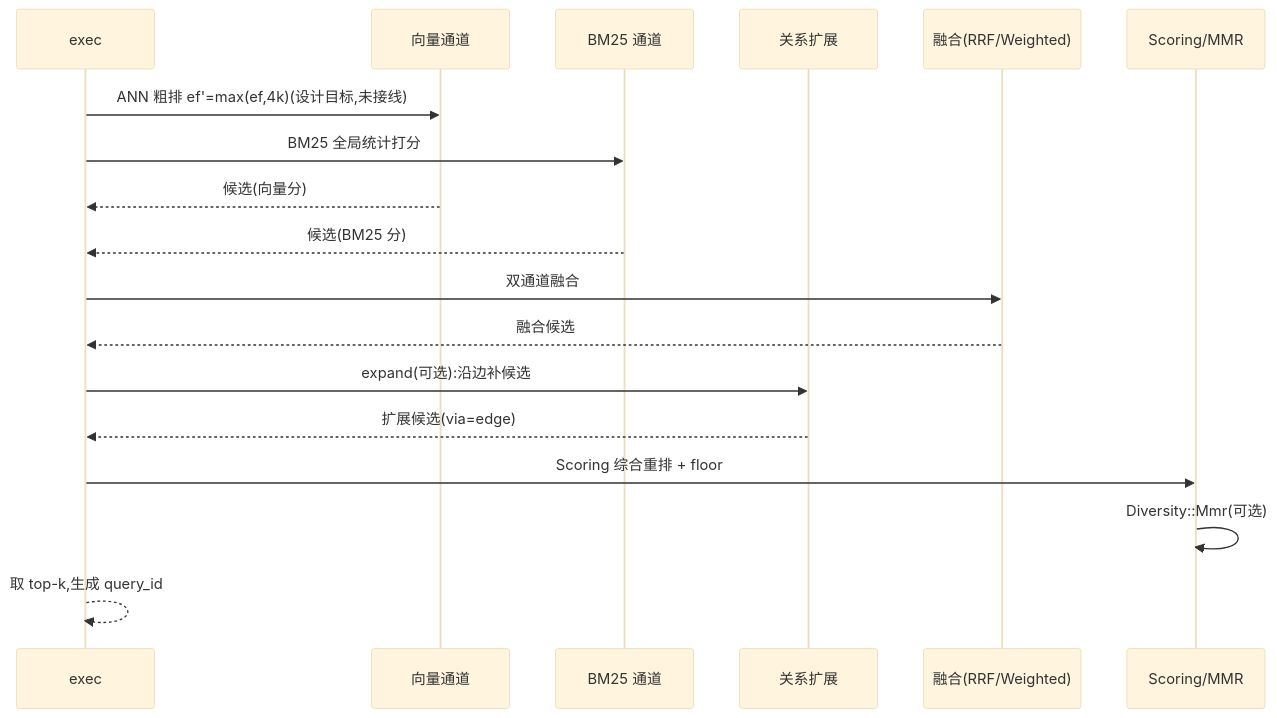
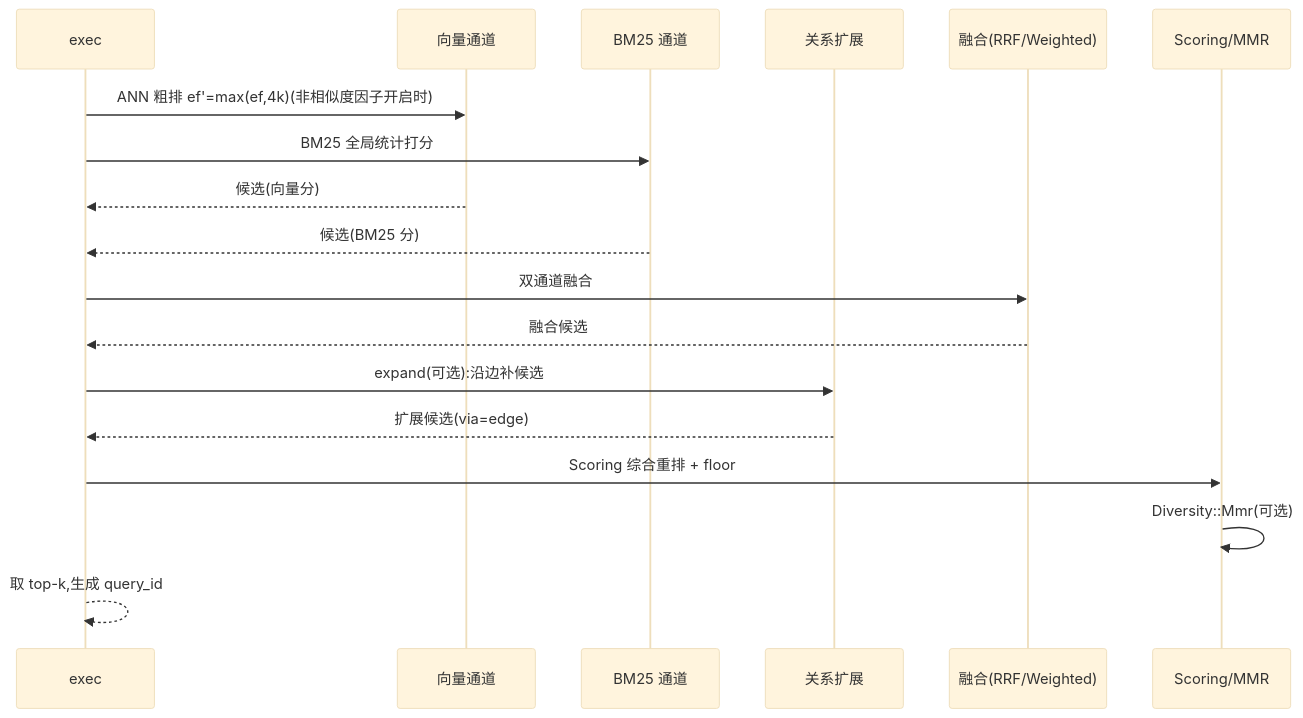
One commit to oxroot-crypto/mneme changed the diagram in docs/design/10-scoring.md. Above: the diagram before and after it, drawn with Mermaid (base theme). The commit also changed other lines of this file and 140 other files, not shown here.

````diff
--- a/docs/design/10-scoring.md
+++ b/docs/design/10-scoring.md
@@ -209,21 +212,21 @@
 ```mermaid
 sequenceDiagram
     participant E as exec
     participant V as 向量通道
     participant B as BM25 通道
     participant R as 关系扩展
     participant F as 融合(RRF/Weighted)
     participant S as Scoring/MMR
 
-    E->>V: ANN 粗排 ef'=max(ef,4k)(设计目标,未接线)
+    E->>V: ANN 粗排 ef'=max(ef,4k)(非相似度因子开启时)
     E->>B: BM25 全局统计打分
     V-->>E: 候选(向量分)
     B-->>E: 候选(BM25 分)
     E->>F: 双通道融合
     F-->>E: 融合候选
     E->>R: expand(可选):沿边补候选
     R-->>E: 扩展候选(via=edge)
     E->>S: Scoring 综合重排 + floor
     S->>S: Diversity::Mmr(可选)
     E-->>E: 取 top-k,生成 query_id
 ```
````
